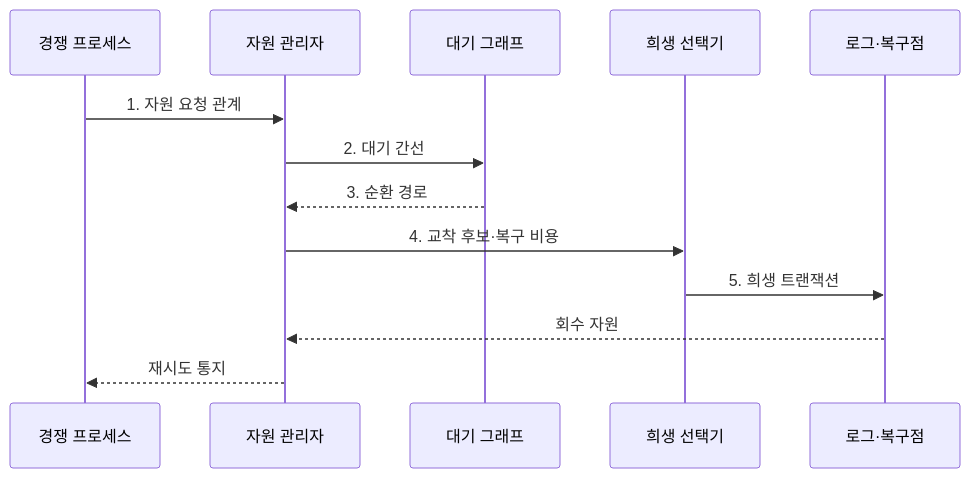
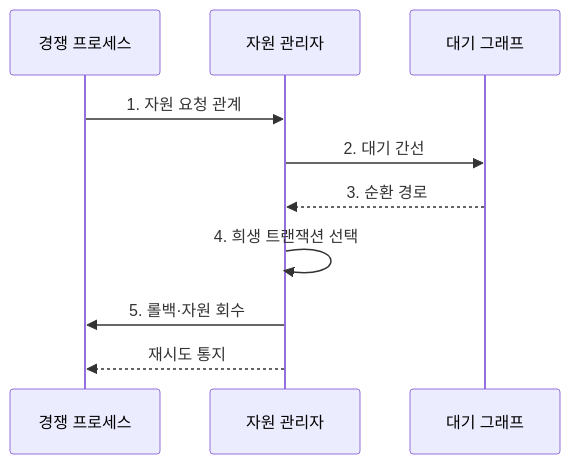
Before and after one commit to agnusdei1207/knowledge-base: the second of 2 diagrams in src/content/docs/notes/03-software/009_deadlock.md, drawn with Mermaid. The commit also changed other lines of this file and 9 other files, not shown here.

Commit message:
Simplify software execution diagrams

````diff
--- a/src/content/docs/notes/03-software/009_deadlock.md
+++ b/src/content/docs/notes/03-software/009_deadlock.md
@@ -105,15 +105,12 @@
 ```mermaid
 sequenceDiagram
     participant P as 경쟁 프로세스
     participant R as 자원 관리자
     participant G as 대기 그래프
-    participant V as 희생 선택기
-    participant L as 로그·복구점
     P->>R: 1. 자원 요청 관계
     R->>G: 2. 대기 간선
     G-->>R: 3. 순환 경로
-    R->>V: 4. 교착 후보·복구 비용
-    V->>L: 5. 희생 트랜잭션
-    L-->>R: 회수 자원
+    R->>R: 4. 희생 트랜잭션 선택
+    R->>P: 5. 롤백·자원 회수
     R-->>P: 재시도 통지
 ```
````
